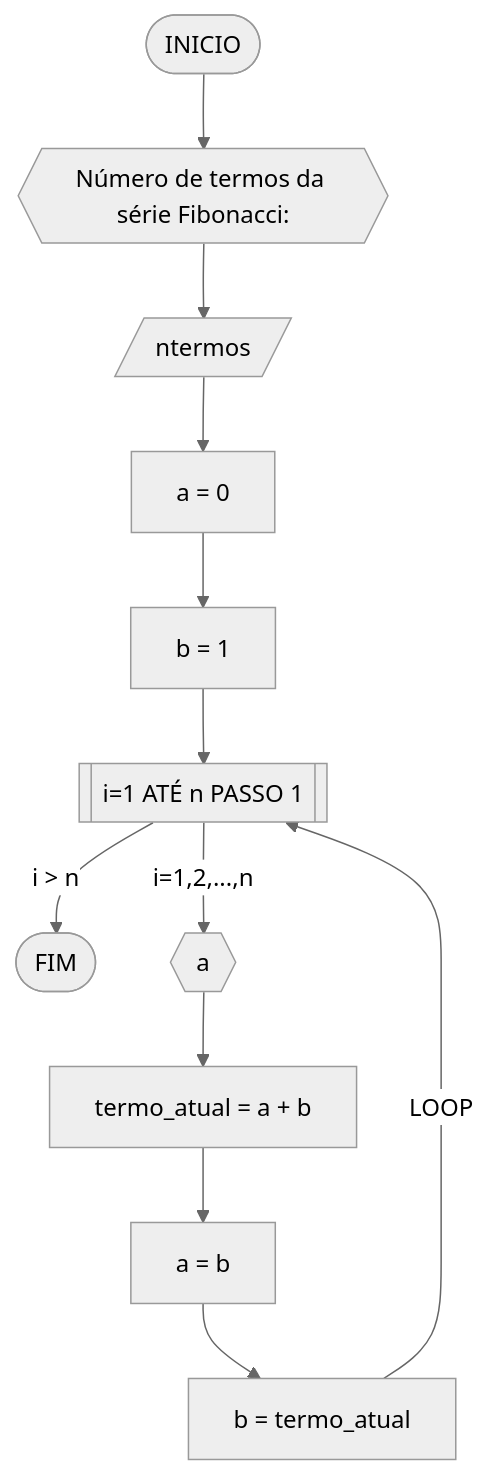
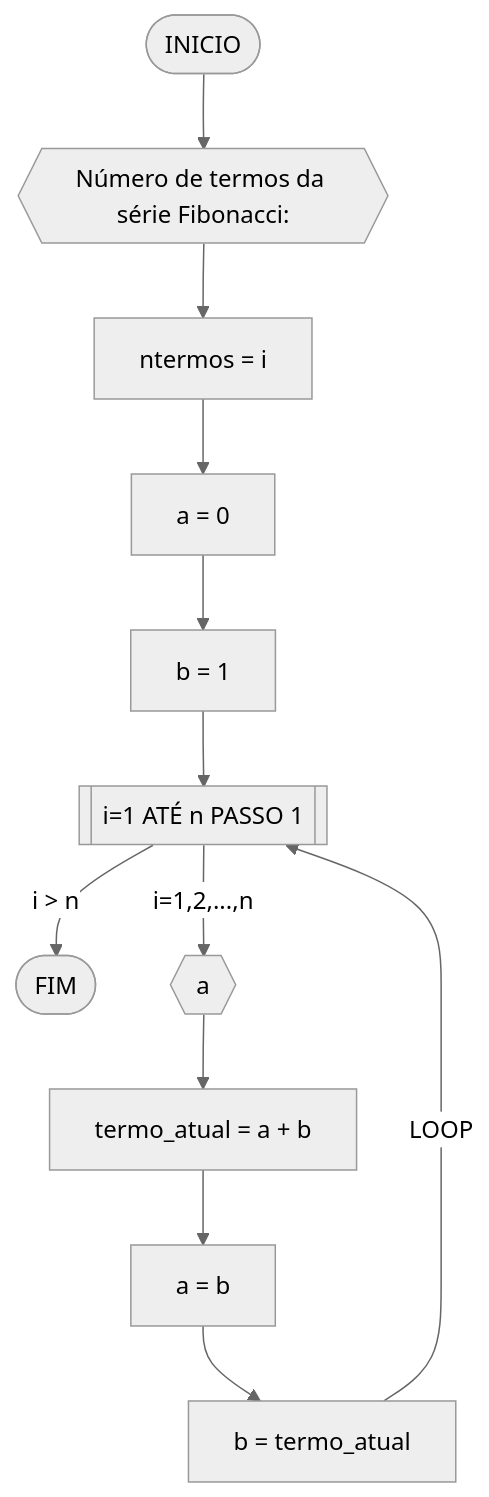
The seventh of 8 diagrams in RLA/Unid1/RLA3/AD1.md (yeesusu/UNIFOR), drawn with Mermaid (neutral theme) before and after one commit.

````diff
--- a/RLA/Unid1/RLA3/AD1.md
+++ b/RLA/Unid1/RLA3/AD1.md
@@ -403,14 +403,14 @@
 ```mermaid
 flowchart TD
 A([INICIO]) --> B{{"Número de termos da série Fibonacci:"}}
-B-->C[/ntermos/]
+B-->C[ntermos = i]
 C --> D[a = 0]
 D --> E[b = 1]
 E --> F[[i=1 ATÉ n PASSO 1]]
 F --"i > n"--> J([FIM])
 F --"i=1,2,...,n"--> G{{a}}
 G --> H[termo_atual = a + b]
 H --> I[a = b]
 I --> K[b = termo_atual]
 K --LOOP--> F 
 ```
````
